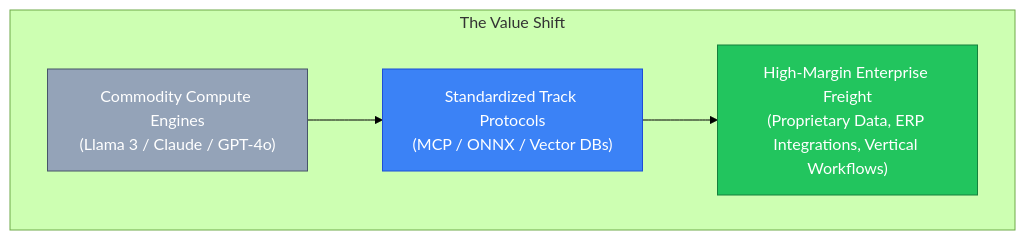
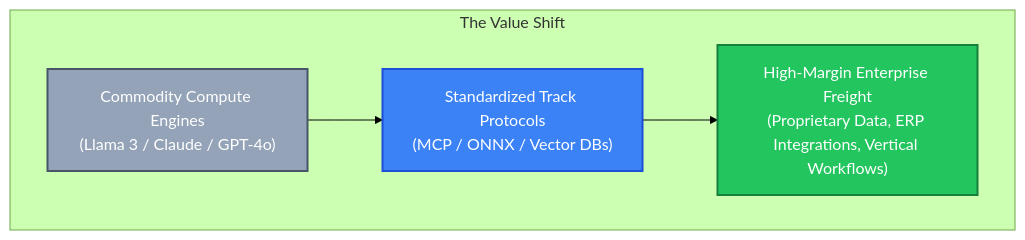
The third of 3 diagrams in blog/posts/railway-mania-ai-model-commoditization-mcp-onnx-protocols.md (akmalkhaniub/akmalkhaniub.github.io), drawn with Mermaid (forest theme) before and after one commit. The commit also changed other lines of this file and 1291 other files, not shown here.

First line of the commit message:
feat(catalog): unique covers, scholarly references, and diagram palettes

````diff
--- a/blog/posts/railway-mania-ai-model-commoditization-mcp-onnx-protocols.md
+++ b/blog/posts/railway-mania-ai-model-commoditization-mcp-onnx-protocols.md
@@ -95,11 +106,20 @@
 ```mermaid
 flowchart TD
   subgraph SG2_TheValueShift ["The Value Shift"]
     Engine["Commodity Compute Engines\n(Llama 3 / Claude / GPT-4o)"] --> Track["Standardized Track Protocols\n(MCP / ONNX / Vector DBs)"]
     Track --> Freight["High-Margin Enterprise Freight\n(Proprietary Data, ERP Integrations, Vertical Workflows)"]
   end
   
   style Engine fill:#94a3b8,stroke:#475569,color:#ffffff
   style Track fill:#3b82f6,stroke:#1d4ed8,color:#ffffff
   style Freight fill:#22c55e,stroke:#15803d,color:#ffffff
+
+classDef green fill:#dcfce7,stroke:#16a34a,stroke-width:2px,color:#14532d;
+classDef red fill:#fee2e2,stroke:#dc2626,stroke-width:2px,color:#7f1d1d;
+classDef blue fill:#e0f2fe,stroke:#0284c7,stroke-width:2px,color:#0c4a6e;
+classDef yellow fill:#fef3c7,stroke:#d97706,stroke-width:2px,color:#78350f;
+classDef purple fill:#ede9fe,stroke:#7c3aed,stroke-width:2px,color:#4c1d95;
+class Engine blue
+class Track green
+class Freight purple
 ```
````
